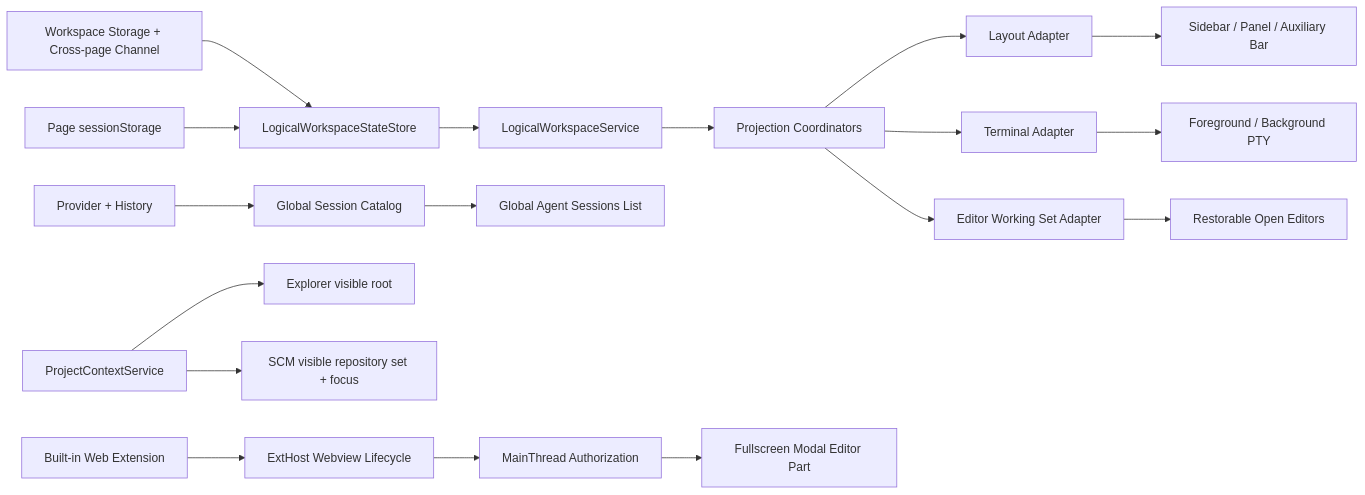
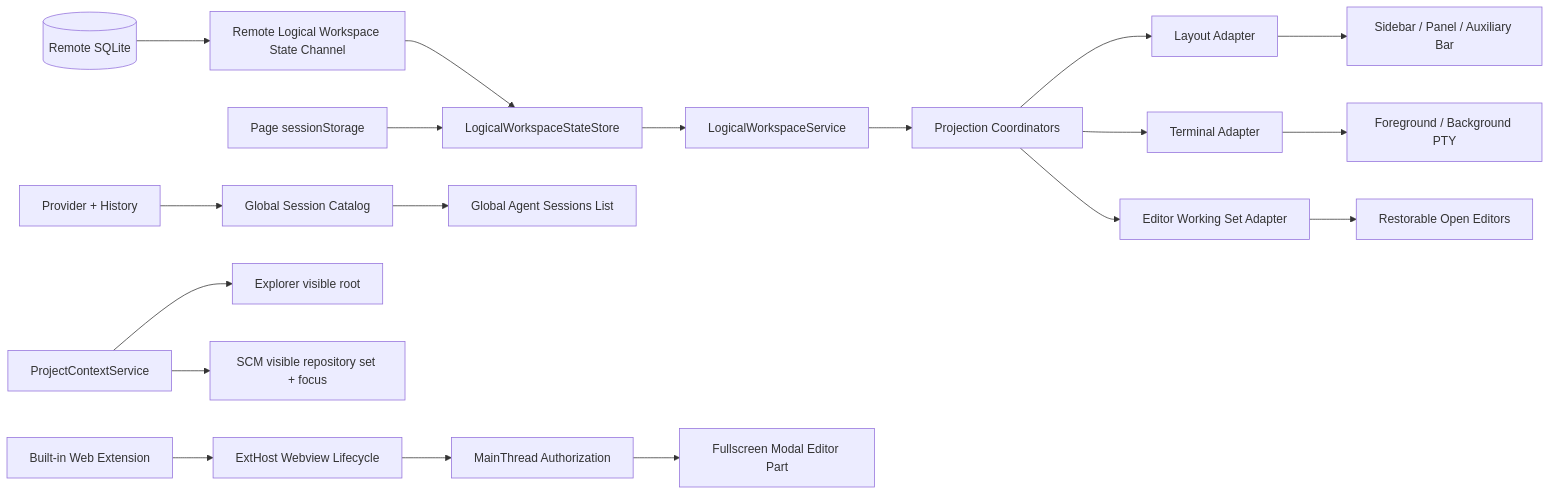
The diagram in vibe_vscode_doc/design/pr1_logical_workspace_and_fullscreen.md (ActivePeter/vibe-vscode), drawn with Mermaid before and after one commit. The commit also changed other lines of this file and 16 other files, not shown here.

Commit message:
feat: make logical workspace state server authoritative

````diff
--- a/vibe_vscode_doc/design/pr1_logical_workspace_and_fullscreen.md
+++ b/vibe_vscode_doc/design/pr1_logical_workspace_and_fullscreen.md
@@ -114,25 +125,26 @@
 ```mermaid
 flowchart LR
-    Shared[Workspace Storage + Cross-page Channel] --> Store[LogicalWorkspaceStateStore]
+    RemoteDB[(Remote SQLite)] --> Server[Remote Logical Workspace State Channel]
+    Server --> Store[LogicalWorkspaceStateStore]
     Session[Page sessionStorage] --> Store
     Store --> Registry[LogicalWorkspaceService]
 
     Registry --> Projection[Projection Coordinators]
     Projection --> Layout[Layout Adapter]
     Projection --> Terminal[Terminal Adapter]
     Projection --> Editor[Editor Working Set Adapter]
 
     Layout --> Shell[Sidebar / Panel / Auxiliary Bar]
     Terminal --> PTY[Foreground / Background PTY]
     Editor --> Editors[Restorable Open Editors]
 
     Providers[Provider + History] --> Catalog[Global Session Catalog]
     Catalog --> AgentList[Global Agent Sessions List]
 
     Project[ProjectContextService] --> Explorer[Explorer visible root]
     Project --> SCM[SCM visible repository set + focus]
 
     Builtin[Built-in Web Extension] --> ExtHost[ExtHost Webview Lifecycle]
     ExtHost --> MainThread[MainThread Authorization]
     MainThread --> Modal[Fullscreen Modal Editor Part]
 ```
````
